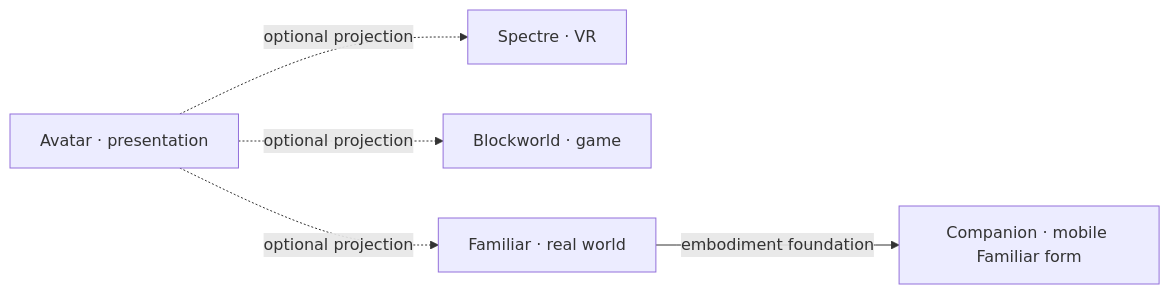
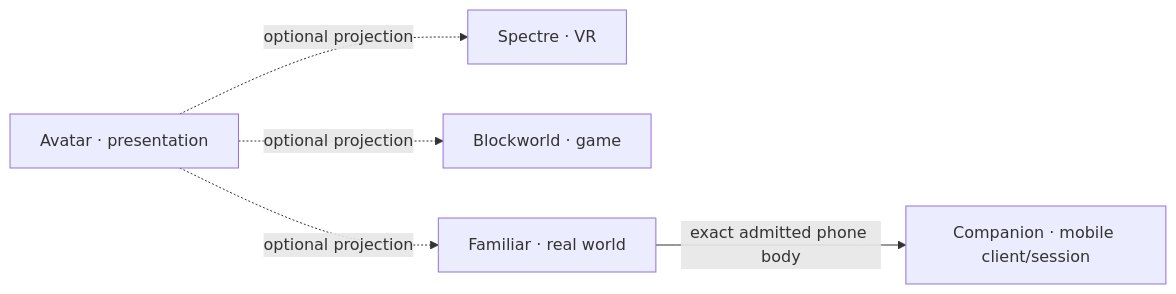
One commit to hexanomicon/lychd changed the first of 2 diagrams in docs/compositions/familiar/index.md. Above: the diagram before and after it, drawn with Mermaid. The commit also changed other lines of this file and 90 other files, not shown here.

````diff
--- a/docs/compositions/familiar/index.md
+++ b/docs/compositions/familiar/index.md
@@ -23,7 +23,7 @@
 ```mermaid
 flowchart LR
     A["Avatar · presentation"] -. "optional projection" .-> S["Spectre · VR"]
     A -. "optional projection" .-> B["Blockworld · game"]
     A -. "optional projection" .-> F["Familiar · real world"]
-    F -->|"embodiment foundation"| C["Companion · mobile Familiar form"]
+    F -->|"exact admitted phone body"| C["Companion · mobile client/session"]
 ```
````
